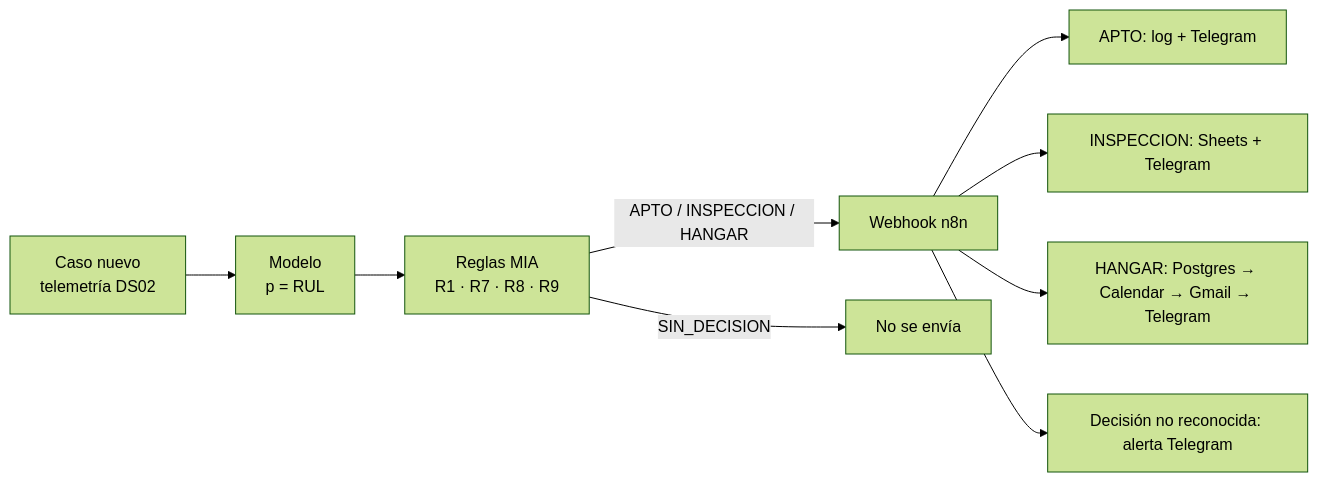
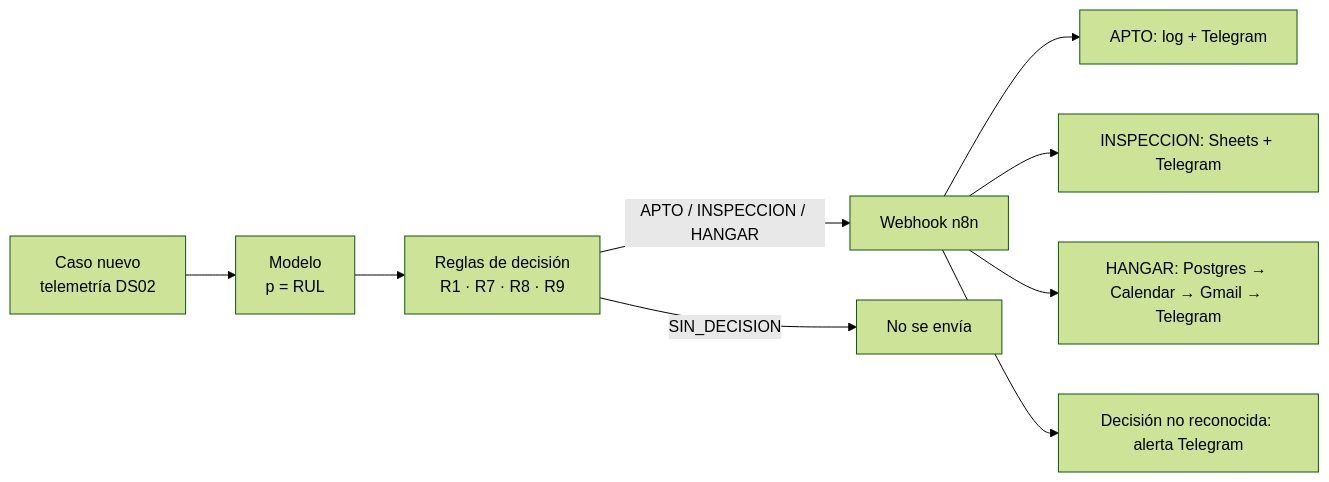
One commit to mikelrh-dev/nasa-rul-ds02 changed the first of 2 diagrams in README.md. Above: the diagram before and after it, drawn with Mermaid (forest theme). The commit also changed other lines of this file and 1 other file, not shown here.

````diff
--- a/README.md
+++ b/README.md
@@ -115,14 +97,14 @@
 ```mermaid
 flowchart LR
     accTitle: Del caso nuevo a la acción
     accDescr: Streamlit recibe el caso, el modelo predice la RUL, las reglas deciden y n8n ejecuta la acción de la rama.
 
     A[Caso nuevo<br/>telemetría DS02] --> B[Modelo<br/>p = RUL]
-    B --> C[Reglas MIA<br/>R1 · R7 · R8 · R9]
+    B --> C[Reglas de decisión<br/>R1 · R7 · R8 · R9]
     C -->|APTO / INSPECCION / HANGAR| D[Webhook n8n]
     C -->|SIN_DECISION| X[No se envía]
     D --> E[APTO: log + Telegram]
     D --> F[INSPECCION: Sheets + Telegram]
     D --> G[HANGAR: Postgres → Calendar → Gmail → Telegram]
     D --> H[Decisión no reconocida: alerta Telegram]
 ```
````
